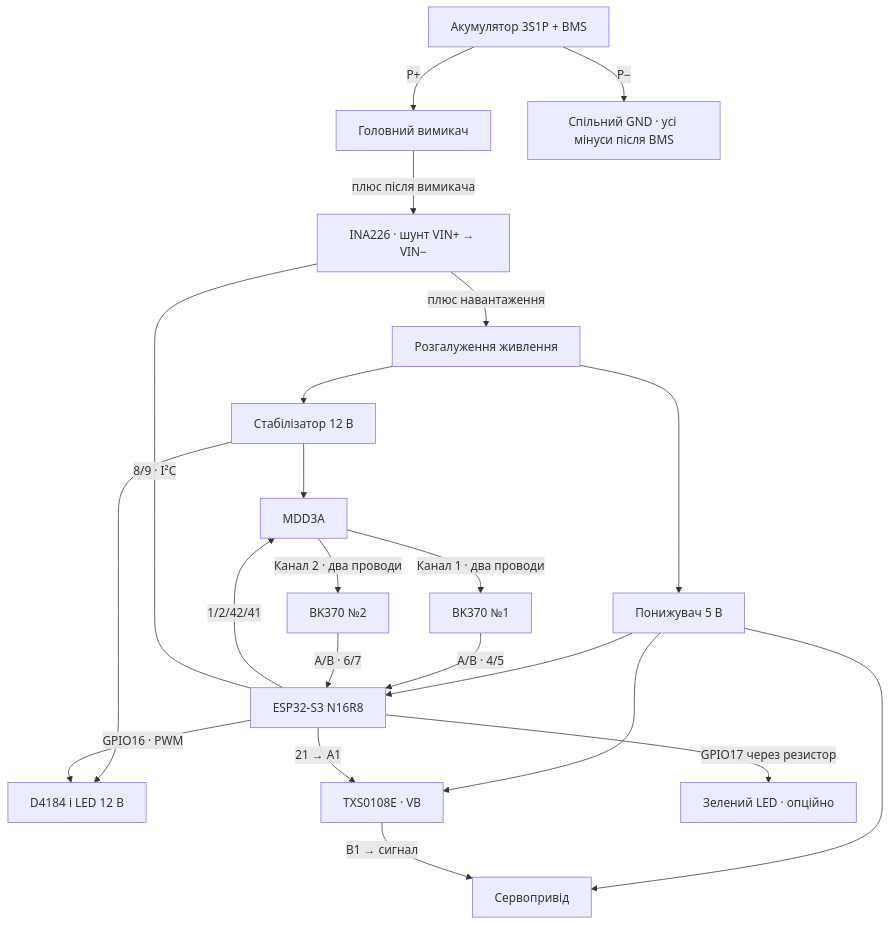
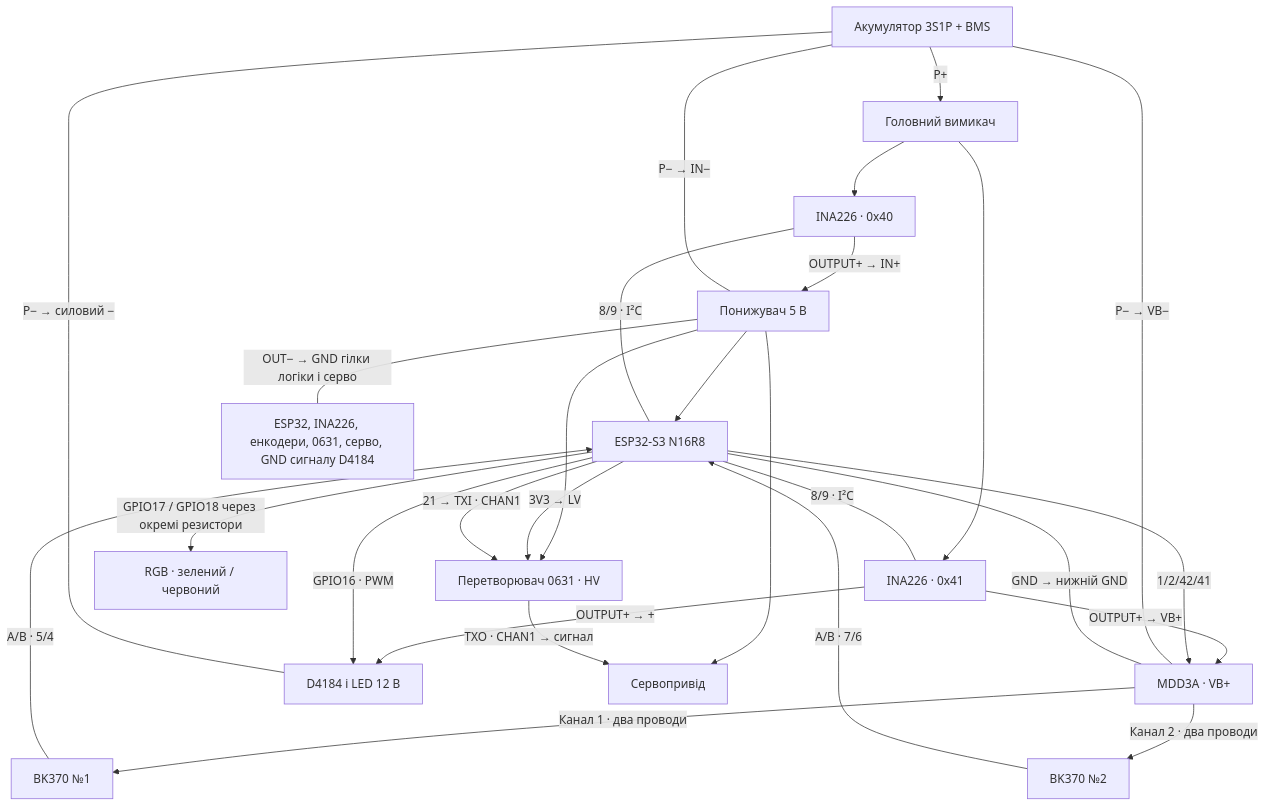
One commit to denishelenko/esp32-motor-control- changed the diagram in BK370/WIRING.md. Above: the diagram before and after it, drawn with Mermaid. The commit also changed other lines of this file and 12 other files, not shown here.

````diff
--- a/BK370/WIRING.md
+++ b/BK370/WIRING.md
@@ -11,24 +38,29 @@
 ```mermaid
 flowchart TD
     BAT["Акумулятор 3S1P + BMS"] -->|"P+"| SW["Головний вимикач"]
-    SW -->|"плюс після вимикача"| SH["INA226 · шунт VIN+ → VIN−"]
-    SH -->|"плюс навантаження"| BUS["Розгалуження живлення"]
-    BUS --> REG12["Стабілізатор 12 В"]
-    BUS --> REG5["Понижувач 5 В"]
-    REG12 --> MDD["MDD3A"]
-    REG12 --> D4184["D4184 і LED 12 В"]
+    SW --> SH5["INA226 · 0x40"]
+    SW --> SHM["INA226 · 0x41"]
+    SH5 -->|"OUTPUT+ → IN+"| REG5["Понижувач 5 В"]
+    SHM -->|"OUTPUT+ → VB+"| MDD["MDD3A · VB+"]
+    SHM -->|"OUTPUT+ → +"| D4184["D4184 і LED 12 В"]
     MDD -->|"Канал 1 · два проводи"| M1["BK370 №1"]
     MDD -->|"Канал 2 · два проводи"| M2["BK370 №2"]
     REG5 --> ESP["ESP32-S3 N16R8"]
     REG5 --> SERVO["Сервопривід"]
-    REG5 --> TXS["TXS0108E · VB"]
+    REG5 --> SHIFTER["Перетворювач 0631 · HV"]
     ESP -->|"1/2/42/41"| MDD
-    M1 -->|"A/B · 4/5"| ESP
-    M2 -->|"A/B · 6/7"| ESP
-    ESP ---|"8/9 · I²C"| SH
-    ESP -->|"21 → A1"| TXS
-    TXS -->|"B1 → сигнал"| SERVO
+    M1 -->|"A/B · 5/4"| ESP
+    M2 -->|"A/B · 7/6"| ESP
+    ESP ---|"8/9 · I²C"| SH5
+    ESP ---|"8/9 · I²C"| SHM
+    ESP -->|"3V3 → LV"| SHIFTER
+    ESP -->|"21 → TXI · CHAN1"| SHIFTER
+    SHIFTER -->|"TXO · CHAN1 → сигнал"| SERVO
     ESP -->|"GPIO16 · PWM"| D4184
-    ESP -->|"GPIO17 через резистор"| LED["Зелений LED · опційно"]
-    BAT -->|"P−"| GND["Спільний GND · усі мінуси після BMS"]
+    ESP -->|"GPIO17 / GPIO18 через окремі резистори"| LED["RGB · зелений / червоний"]
+    BAT ---|"P− → VB−"| MDD
+    BAT ---|"P− → IN−"| REG5
+    BAT ---|"P− → силовий −"| D4184
+    ESP ---|"GND → нижній GND"| MDD
+    REG5 ---|"OUT− → GND гілки логіки і серво"| RET["ESP32, INA226, енкодери, 0631, серво, GND сигналу D4184"]
 ```
````
